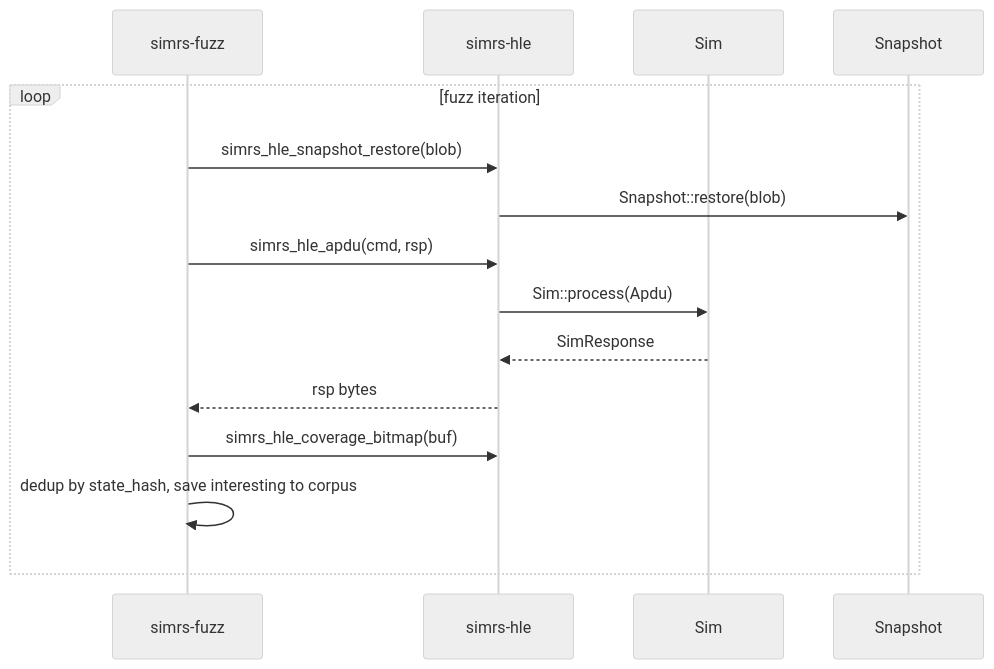
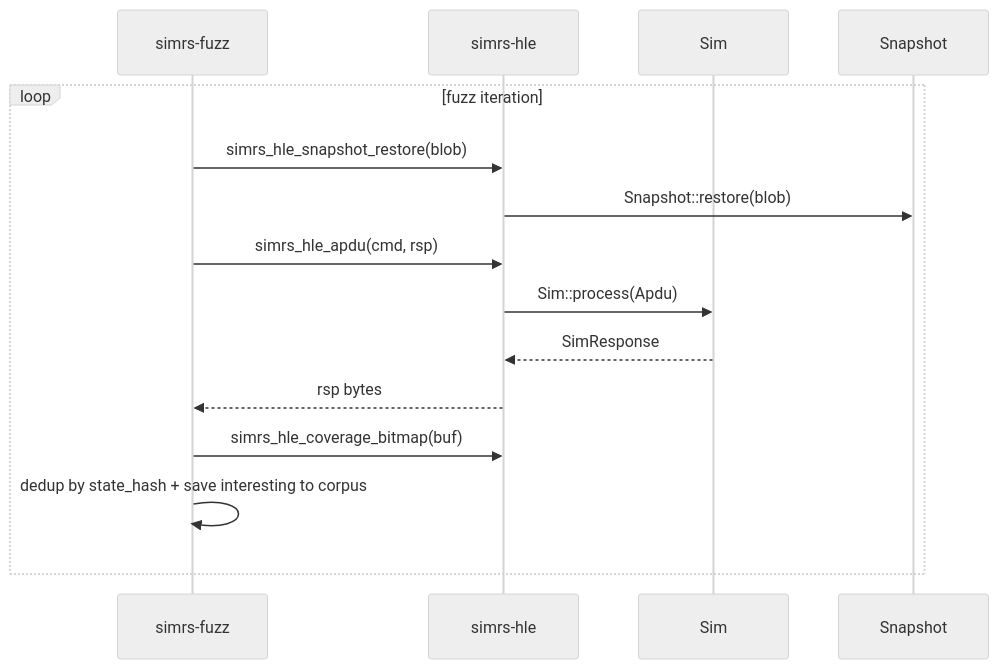
Before and after one commit to jaesharp/simrs: the fourth of 4 diagrams in docs/architecture/README.md, drawn with Mermaid (neutral theme).

Commit message:
docs: fix Mermaid parse error -- comma in sequence diagram label

````diff
--- a/docs/architecture/README.md
+++ b/docs/architecture/README.md
@@ -1098,18 +1098,18 @@
 ```mermaid
 sequenceDiagram
     participant FZ as simrs-fuzz
     participant HLE as simrs-hle
     participant SIM as Sim
     participant SNAP as Snapshot
 
     loop fuzz iteration
         FZ->>HLE: simrs_hle_snapshot_restore(blob)
         HLE->>SNAP: Snapshot::restore(blob)
         FZ->>HLE: simrs_hle_apdu(cmd, rsp)
         HLE->>SIM: Sim::process(Apdu)
         SIM-->>HLE: SimResponse
         HLE-->>FZ: rsp bytes
         FZ->>HLE: simrs_hle_coverage_bitmap(buf)
-        FZ->>FZ: dedup by state_hash, save interesting to corpus
+        FZ->>FZ: dedup by state_hash + save interesting to corpus
     end
 ```
````
